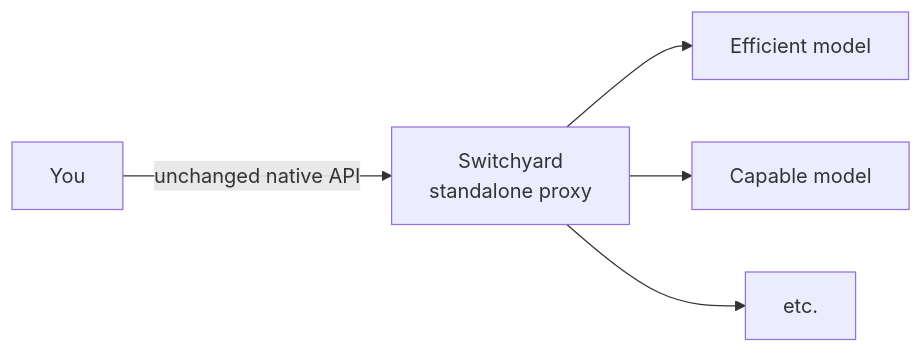
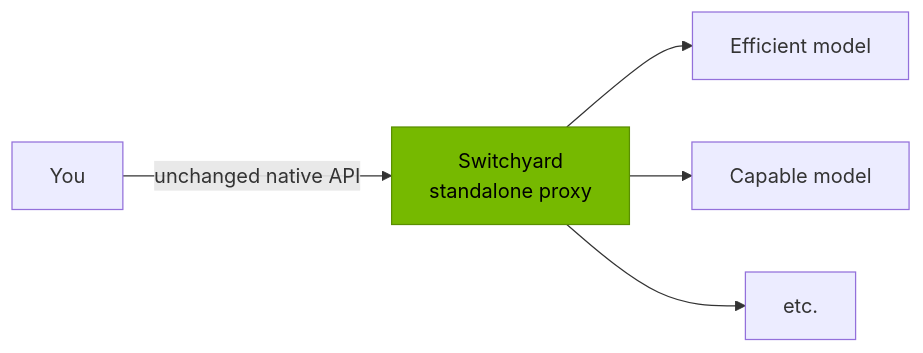
Before and after one commit to NVIDIA-NeMo/Switchyard: the third of 3 diagrams in README.md, drawn with Mermaid. The commit also changed other lines of this file and 1 other file, not shown here.

````diff
--- a/README.md
+++ b/README.md
@@ -68,8 +77,9 @@
 ```mermaid
 flowchart LR
     P["Switchyard<br/>standalone proxy"]
     P--> M["Efficient model"]
     P--> N["Capable model"]
     P--> O[etc.]
     G[You] -->|"unchanged native API"| P
+    style P fill:#76B900,stroke:#5A8F00,color:#000
 ```
````
